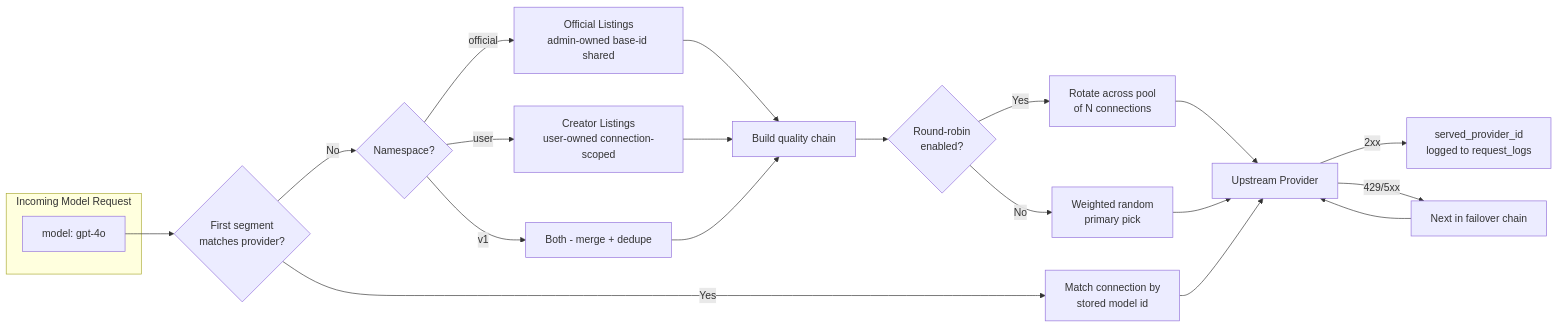
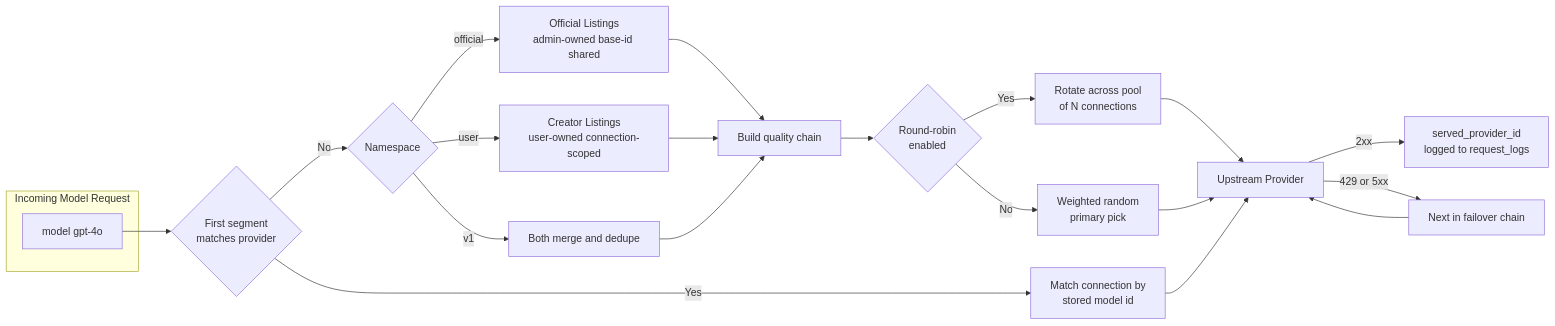
One commit to qwetls/xeygate changed the fourth of 4 diagrams in README.md. Above: the diagram before and after it, drawn with Mermaid. The commit also changed other lines of this file, not shown here.

First line of the commit message:
fix: strip all remaining special chars from sequence and marketplace Mermaid diagrams

````diff
--- a/README.md
+++ b/README.md
@@ -476,31 +476,31 @@
 ```mermaid
 graph LR
     subgraph Request[Incoming Model Request]
-        REQ[model: gpt-4o]
+        REQ[model gpt-4o]
     end
 
-    REQ --> DETECT{First segment<br/>matches provider?}
+    REQ --> DETECT{First segment<br/>matches provider}
 
     DETECT -->|Yes| CONN[Match connection by<br/>stored model id]
-    DETECT -->|No| NS{Namespace?}
+    DETECT -->|No| NS{Namespace}
 
     NS -->|official| OFF[Official Listings<br/>admin-owned base-id shared]
     NS -->|user| CRE[Creator Listings<br/>user-owned connection-scoped]
-    NS -->|v1| BOTH[Both - merge + dedupe]
+    NS -->|v1| BOTH[Both merge and dedupe]
 
     OFF --> CHAIN[Build quality chain]
     CRE --> CHAIN
     BOTH --> CHAIN
 
-    CHAIN --> RR{Round-robin<br/>enabled?}
+    CHAIN --> RR{Round-robin<br/>enabled}
     RR -->|Yes| ROTATE[Rotate across pool<br/>of N connections]
     RR -->|No| PICK[Weighted random<br/>primary pick]
 
     ROTATE --> UP[Upstream Provider]
     PICK --> UP
     CONN --> UP
 
     UP -->|2xx| AUDIT[served_provider_id<br/>logged to request_logs]
-    UP -->|429/5xx| FAILOVER[Next in failover chain]
+    UP -->|429 or 5xx| FAILOVER[Next in failover chain]
     FAILOVER --> UP
 ```
````
